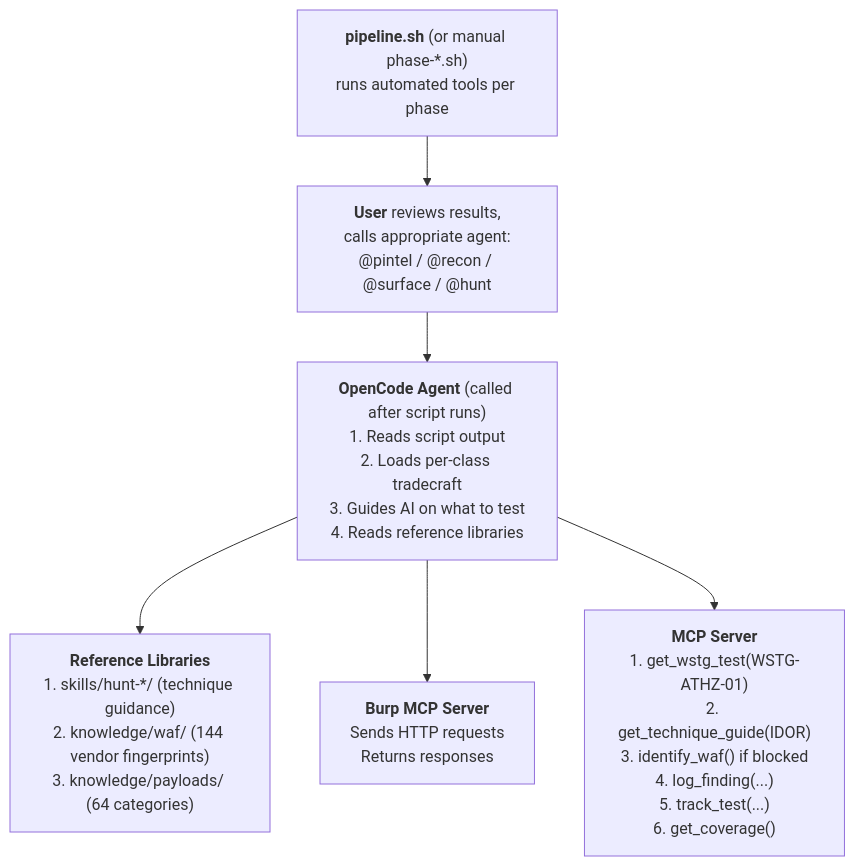
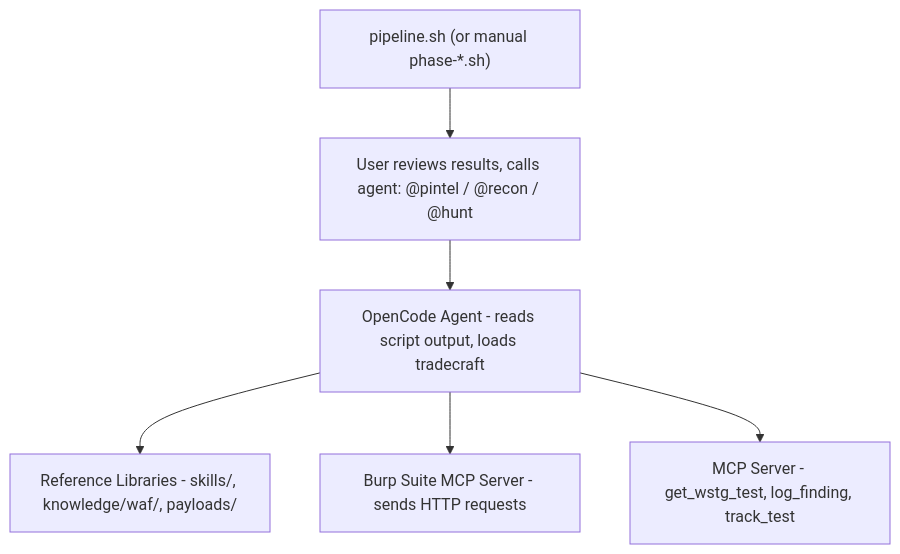
Before and after one commit to manojxshrestha/dristi: the third of 3 diagrams in docs/pipeline.md, drawn with Mermaid.

Commit message:
Fix Mermaid diagram syntax in pipeline.md — multi-line backtick labels

````diff
--- a/docs/pipeline.md
+++ b/docs/pipeline.md
@@ -346,38 +350,15 @@
 ```mermaid
 graph TB
-    Pipeline["`**pipeline.sh** (or manual phase-*.sh)
-    runs automated tools per phase`"]
-
-    Agent["`**OpenCode Agent** (called after script runs)
-    1. Reads script output
-    2. Loads per-class tradecraft
-    3. Guides AI on what to test
-    4. Reads reference libraries`"]
-
-    User["`**User** reviews results,
-    calls appropriate agent:
-    @pintel / @recon / @surface / @hunt`"]
-
-    MCP["`**MCP Server**
-    1. get_wstg_test(WSTG-ATHZ-01)
-    2. get_technique_guide(IDOR)
-    3. identify_waf() if blocked
-    4. log_finding(...)
-    5. track_test(...)
-    6. get_coverage()`"]
-
-    Burp["`**Burp MCP Server**
-    Sends HTTP requests
-    Returns responses`"]
-
-    Refs["`**Reference Libraries**
-    1. skills/hunt-*/ (technique guidance)
-    2. knowledge/waf/ (144 vendor fingerprints)
-    3. knowledge/payloads/ (64 categories)`"]
+    Pipeline["pipeline.sh (or manual phase-*.sh)"]
+    Agent["OpenCode Agent - reads script output, loads tradecraft"]
+    User["User reviews results, calls agent: @pintel / @recon / @hunt"]
+    MCP["MCP Server - get_wstg_test, log_finding, track_test"]
+    Burp["Burp Suite MCP Server - sends HTTP requests"]
+    Refs["Reference Libraries - skills/, knowledge/waf/, payloads/"]
 
     Pipeline --> User
     User --> Agent
     Agent --> Refs
     Agent --> Burp
     Agent --> MCP
 ```
````
